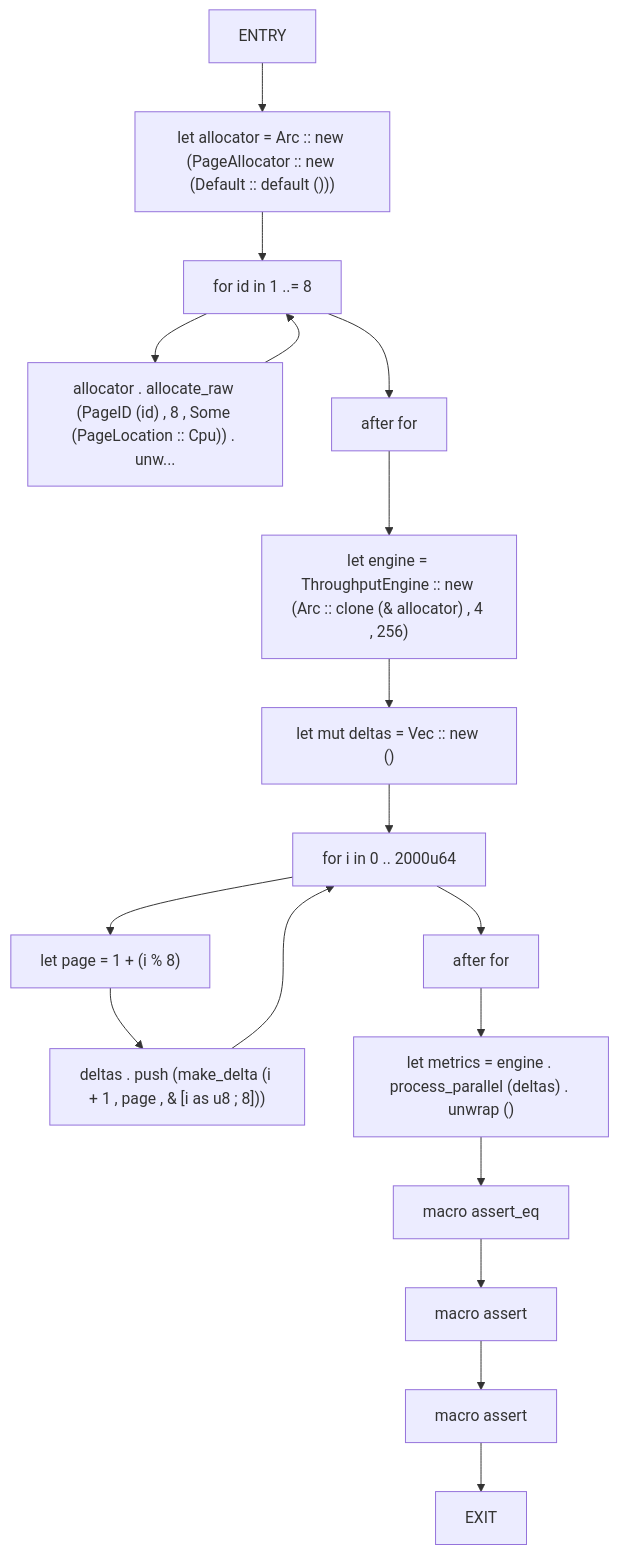
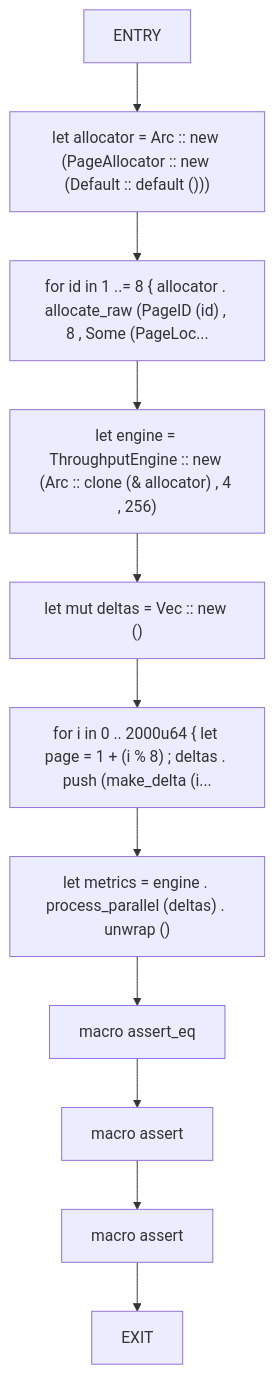
One commit to cicero-violate/MMSB changed diagram 15 of 20 in docs/analysis/cfg/040-src-04_propagation.md. Above: the diagram before and after it, drawn with Mermaid. The commit also changed other lines of this file and 865 other files, not shown here.

````diff
--- a/docs/analysis/cfg/040-src-04_propagation.md
+++ b/docs/analysis/cfg/040-src-04_propagation.md
@@ -436,36 +347,24 @@
 ```mermaid
 flowchart TD
     reports_nonzero_throughput_for_large_batches_0["ENTRY"]
     reports_nonzero_throughput_for_large_batches_1["let allocator = Arc :: new (PageAllocator :: new (Default :: default ()))"]
-    reports_nonzero_throughput_for_large_batches_2["for id in 1 ..= 8"]
-    reports_nonzero_throughput_for_large_batches_3["allocator . allocate_raw (PageID (id) , 8 , Some (PageLocation :: Cpu)) . unw..."]
-    reports_nonzero_throughput_for_large_batches_4["after for"]
-    reports_nonzero_throughput_for_large_batches_5["let engine = ThroughputEngine :: new (Arc :: clone (& allocator) , 4 , 256)"]
-    reports_nonzero_throughput_for_large_batches_6["let mut deltas = Vec :: new ()"]
-    reports_nonzero_throughput_for_large_batches_7["for i in 0 .. 2000u64"]
-    reports_nonzero_throughput_for_large_batches_8["let page = 1 + (i % 8)"]
-    reports_nonzero_throughput_for_large_batches_9["deltas . push (make_delta (i + 1 , page , & [i as u8 ; 8]))"]
-    reports_nonzero_throughput_for_large_batches_10["after for"]
-    reports_nonzero_throughput_for_large_batches_11["let metrics = engine . process_parallel (deltas) . unwrap ()"]
-    reports_nonzero_throughput_for_large_batches_12["macro assert_eq"]
-    reports_nonzero_throughput_for_large_batches_13["macro assert"]
-    reports_nonzero_throughput_for_large_batches_14["macro assert"]
-    reports_nonzero_throughput_for_large_batches_15["EXIT"]
+    reports_nonzero_throughput_for_large_batches_2["for id in 1 ..= 8 { allocator . allocate_raw (PageID (id) , 8 , Some (PageLoc..."]
+    reports_nonzero_throughput_for_large_batches_3["let engine = ThroughputEngine :: new (Arc :: clone (& allocator) , 4 , 256)"]
+    reports_nonzero_throughput_for_large_batches_4["let mut deltas = Vec :: new ()"]
+    reports_nonzero_throughput_for_large_batches_5["for i in 0 .. 2000u64 { let page = 1 + (i % 8) ; deltas . push (make_delta (i..."]
+    reports_nonzero_throughput_for_large_batches_6["let metrics = engine . process_parallel (deltas) . unwrap ()"]
+    reports_nonzero_throughput_for_large_batches_7["macro assert_eq"]
+    reports_nonzero_throughput_for_large_batches_8["macro assert"]
+    reports_nonzero_throughput_for_large_batches_9["macro assert"]
+    reports_nonzero_throughput_for_large_batches_10["EXIT"]
     reports_nonzero_throughput_for_large_batches_0 --> reports_nonzero_throughput_for_large_batches_1
     reports_nonzero_throughput_for_large_batches_1 --> reports_nonzero_throughput_for_large_batches_2
     reports_nonzero_throughput_for_large_batches_2 --> reports_nonzero_throughput_for_large_batches_3
-    reports_nonzero_throughput_for_large_batches_3 --> reports_nonzero_throughput_for_large_batches_2
-    reports_nonzero_throughput_for_large_batches_2 --> reports_nonzero_throughput_for_large_batches_4
+    reports_nonzero_throughput_for_large_batches_3 --> reports_nonzero_throughput_for_large_batches_4
     reports_nonzero_throughput_for_large_batches_4 --> reports_nonzero_throughput_for_large_batches_5
     reports_nonzero_throughput_for_large_batches_5 --> reports_nonzero_throughput_for_large_batches_6
     reports_nonzero_throughput_for_large_batches_6 --> reports_nonzero_throughput_for_large_batches_7
     reports_nonzero_throughput_for_large_batches_7 --> reports_nonzero_throughput_for_large_batches_8
     reports_nonzero_throughput_for_large_batches_8 --> reports_nonzero_throughput_for_large_batches_9
-    reports_nonzero_throughput_for_large_batches_9 --> reports_nonzero_throughput_for_large_batches_7
-    reports_nonzero_throughput_for_large_batches_7 --> reports_nonzero_throughput_for_large_batches_10
-    reports_nonzero_throughput_for_large_batches_10 --> reports_nonzero_throughput_for_large_batches_11
-    reports_nonzero_throughput_for_large_batches_11 --> reports_nonzero_throughput_for_large_batches_12
-    reports_nonzero_throughput_for_large_batches_12 --> reports_nonzero_throughput_for_large_batches_13
-    reports_nonzero_throughput_for_large_batches_13 --> reports_nonzero_throughput_for_large_batches_14
-    reports_nonzero_throughput_for_large_batches_14 --> reports_nonzero_throughput_for_large_batches_15
+    reports_nonzero_throughput_for_large_batches_9 --> reports_nonzero_throughput_for_large_batches_10
 ```
````
